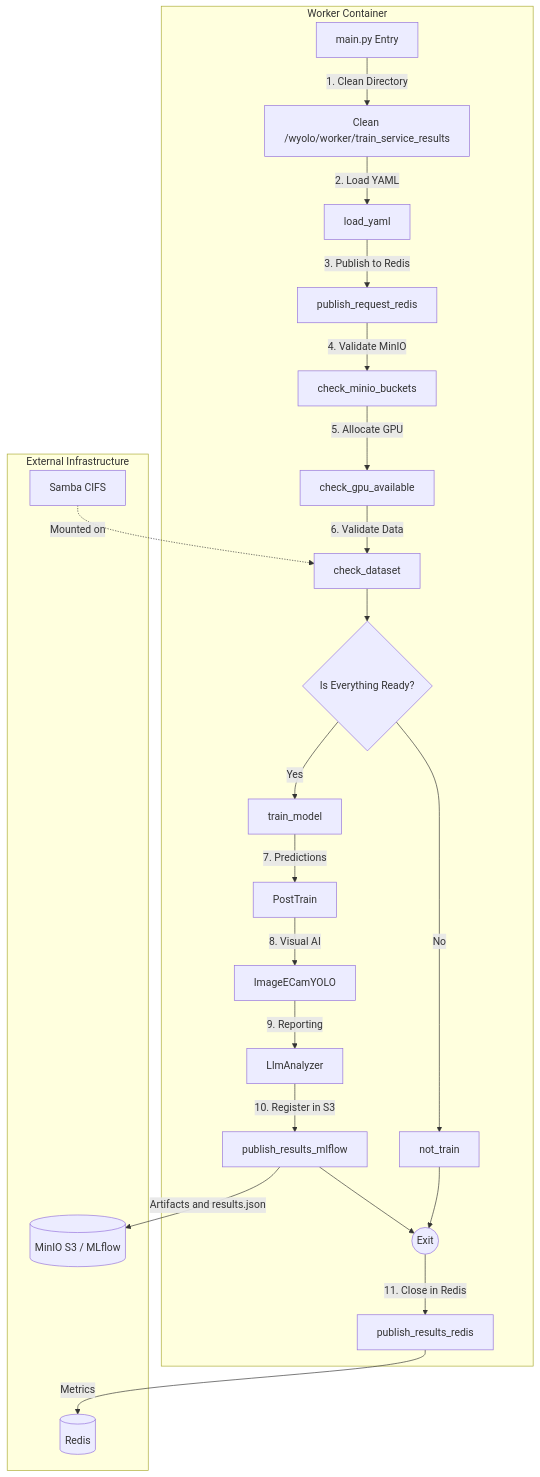
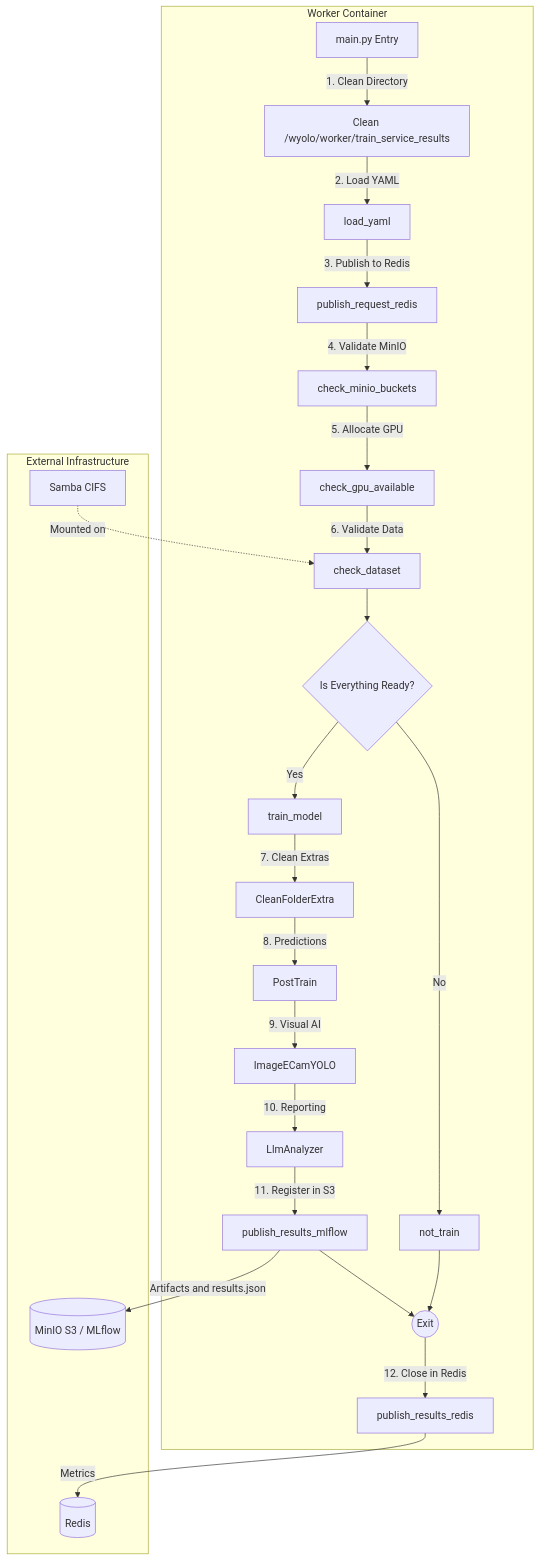
Before and after one commit to wisrovi/wyoloservice2_worker: the diagram in README.md, drawn with Mermaid. The commit also changed other lines of this file, not shown here.

Commit message:
[DOCS] Update pipeline flowchart and key features with CleanFolderExtra state

````diff
--- a/README.md
+++ b/README.md
@@ -11,30 +11,31 @@
 ```mermaid
 flowchart TD
     subgraph Worker_Container [Worker Container]
         M[main.py Entry] -->|1. Clean Directory| C[Clean /wyolo/worker/train_service_results]
         C -->|2. Load YAML| L[load_yaml]
         L -->|3. Publish to Redis| PR[publish_request_redis]
         PR -->|4. Validate MinIO| MIN[check_minio_buckets]
         MIN -->|5. Allocate GPU| GPU[check_gpu_available]
         GPU -->|6. Validate Data| DS[check_dataset]
         
         DS --> Dec{Is Everything Ready?}
         Dec -->|Yes| T[train_model]
         Dec -->|No| NT[not_train]
         
-        T -->|7. Predictions| PT1[PostTrain]
-        PT1 -->|8. Visual AI| PT2[ImageECamYOLO]
-        PT2 -->|9. Reporting| PT3[LlmAnalyzer]
+        T -->|7. Clean Extras| PT0[CleanFolderExtra]
+        PT0 -->|8. Predictions| PT1[PostTrain]
+        PT1 -->|9. Visual AI| PT2[ImageECamYOLO]
+        PT2 -->|10. Reporting| PT3[LlmAnalyzer]
         
-        PT3 -->|10. Register in S3| PML[publish_results_mlflow]
+        PT3 -->|11. Register in S3| PML[publish_results_mlflow]
         PML --> End((Exit))
         NT --> End
-        End -->|11. Close in Redis| RED[publish_results_redis]
+        End -->|12. Close in Redis| RED[publish_results_redis]
     end
 
     subgraph Host_and_Services [External Infrastructure]
         SM[Samba CIFS] -.->|Mounted on| DS
         RED -->|Metrics| R[(Redis)]
         PML -->|Artifacts and results.json| MINIO[(MinIO S3 / MLflow)]
     end
 ```
````
